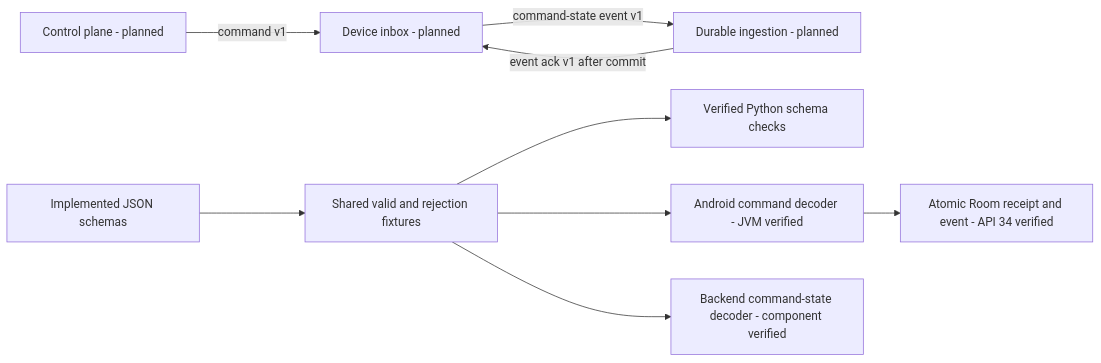
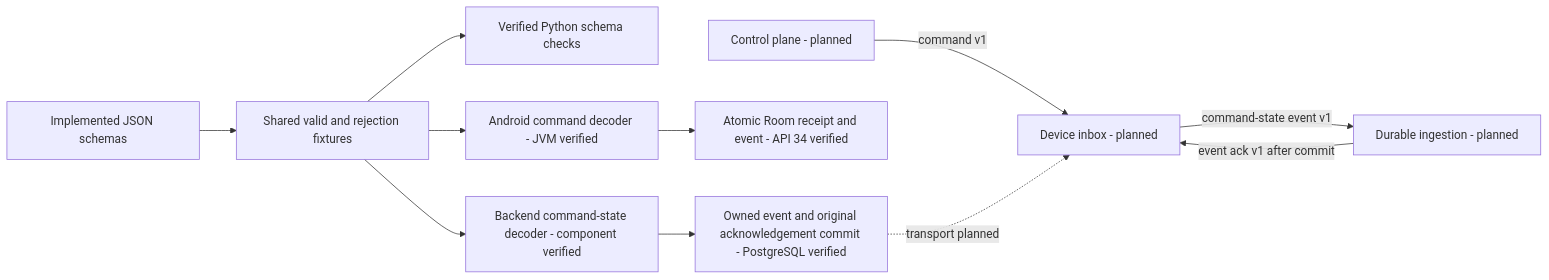
One commit to michaelnwanna/custom-android-mdm-agent changed the diagram in contracts/README.md. Above: the diagram before and after it, drawn with Mermaid. The commit also changed other lines of this file and 441 other files, not shown here.

````diff
--- a/contracts/README.md
+++ b/contracts/README.md
@@ -19,11 +21,13 @@
 ```mermaid
 flowchart LR
     Server[Control plane - planned] -->|command v1| Device[Device inbox - planned]
     Device -->|command-state event v1| Ingest[Durable ingestion - planned]
     Ingest -->|event ack v1 after commit| Device
     Schemas[Implemented JSON schemas] --> Fixtures[Shared valid and rejection fixtures]
     Fixtures --> Checks[Verified Python schema checks]
     Fixtures --> Decoder[Android command decoder - JVM verified]
     Decoder --> Journal[Atomic Room receipt and event - API 34 verified]
     Fixtures --> EventDecoder[Backend command-state decoder - component verified]
+    EventDecoder --> EventStore[Owned event and original acknowledgement commit - PostgreSQL verified]
+    EventStore -. transport planned .-> Device
 ```
````
